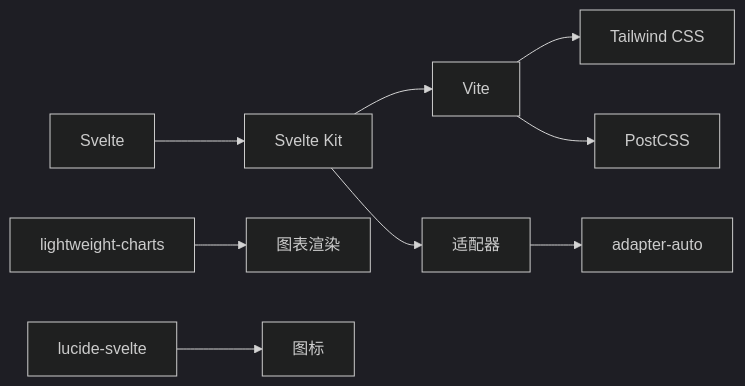
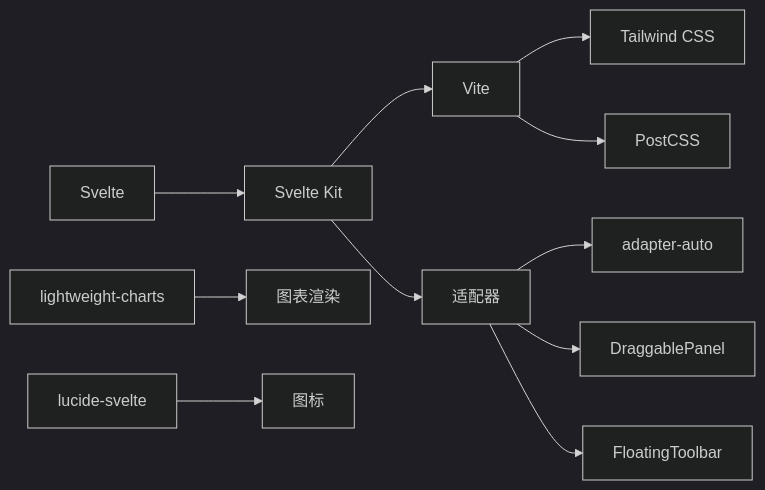
Before and after one commit to yjydmlh/turtle: the ninth of 9 diagrams in .qoder/repowiki/zh/content/前端架构/前端组件架构/前端组件架构.md, drawn with Mermaid (dark theme). The commit also changed other lines of this file and 21 other files, not shown here.

````diff
--- a/.qoder/repowiki/zh/content/前端架构/前端组件架构/前端组件架构.md
+++ b/.qoder/repowiki/zh/content/前端架构/前端组件架构/前端组件架构.md
@@ -188,11 +255,13 @@
 ```mermaid
 graph LR
 A[Svelte] --> B[Svelte Kit]
 B --> C[Vite]
 C --> D[Tailwind CSS]
 C --> E[PostCSS]
 F[lightweight-charts] --> G[图表渲染]
 H[lucide-svelte] --> I[图标]
 B --> J[适配器]
 J --> K[adapter-auto]
+J --> L[DraggablePanel]
+J --> M[FloatingToolbar]
 ```
````
